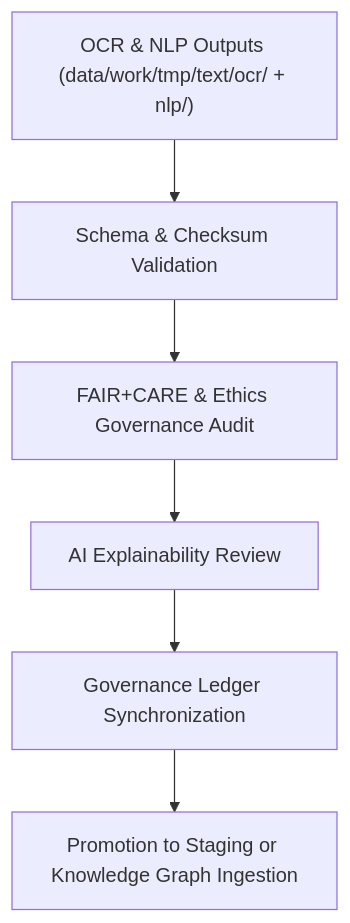
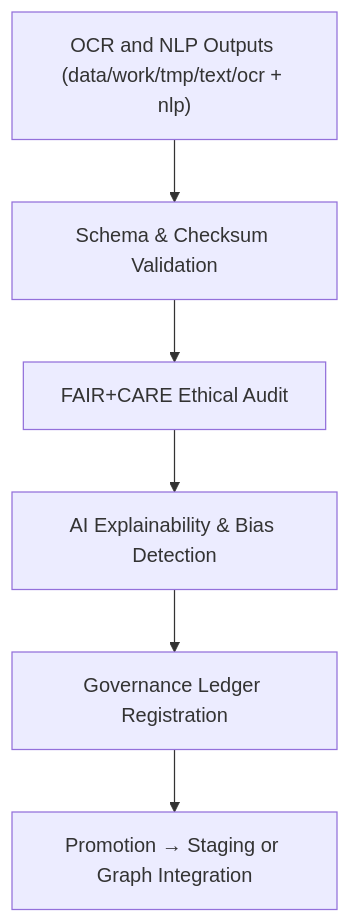
The diagram in data/work/tmp/text/validation/README.md (bartytime4life/Kansas-Frontier-Matrix), drawn with Mermaid before and after one commit. The commit also changed other lines of this file, not shown here.

````diff
--- a/data/work/tmp/text/validation/README.md
+++ b/data/work/tmp/text/validation/README.md
@@ -65,8 +67,8 @@
 ```mermaid
 flowchart TD
-    A["OCR & NLP Outputs (data/work/tmp/text/ocr/ + nlp/)"] --> B["Schema & Checksum Validation"]
-    B --> C["FAIR+CARE & Ethics Governance Audit"]
-    C --> D["AI Explainability Review"]
-    D --> E["Governance Ledger Synchronization"]
-    E --> F["Promotion to Staging or Knowledge Graph Ingestion"]
+    A["OCR and NLP Outputs (data/work/tmp/text/ocr + nlp)"] --> B["Schema & Checksum Validation"]
+    B --> C["FAIR+CARE Ethical Audit"]
+    C --> D["AI Explainability & Bias Detection"]
+    D --> E["Governance Ledger Registration"]
+    E --> F["Promotion → Staging or Graph Integration"]
 ```
````
